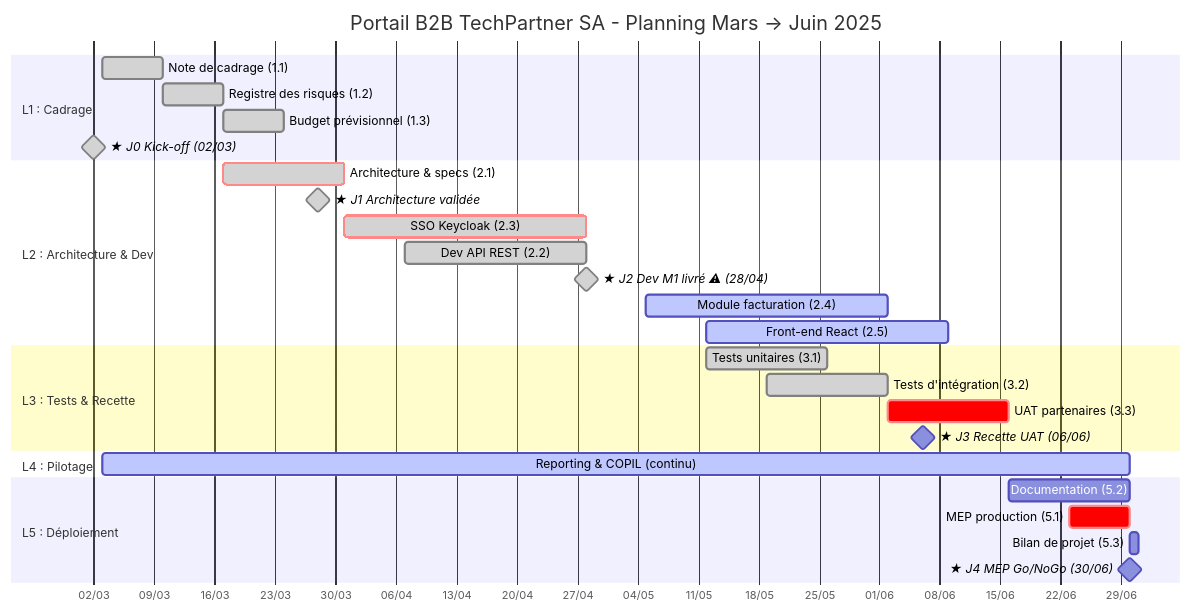
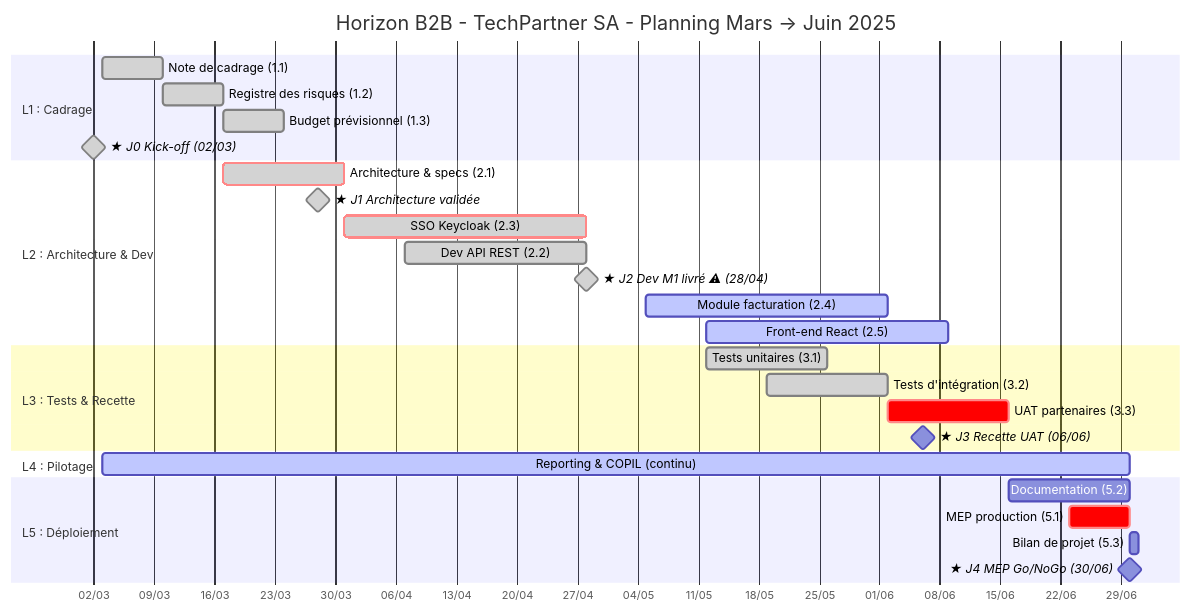
One commit to POWLAIR/management-projet-numerique changed the third of 3 diagrams in docs md/Dossier_Projet_B2B_FINAL.md. Above: the diagram before and after it, drawn with Mermaid. The commit also changed other lines of this file, not shown here.

Commit message:
docs: update project title and diagrams to reflect "Horizon B2B" rebranding

````diff
--- a/docs md/Dossier_Projet_B2B_FINAL.md
+++ b/docs md/Dossier_Projet_B2B_FINAL.md
@@ -296,36 +296,36 @@
 ```mermaid
 gantt
-    title Portail B2B TechPartner SA - Planning Mars → Juin 2025
+    title Horizon B2B - TechPartner SA - Planning Mars → Juin 2025
     dateFormat  YYYY-MM-DD
     axisFormat  %d/%m
 
     section L1 : Cadrage
     Note de cadrage (1.1)         :done,    l1a, 2025-03-03, 7d
     Registre des risques (1.2)    :done,    l1b, 2025-03-10, 7d
     Budget prévisionnel (1.3)     :done,    l1c, 2025-03-17, 7d
     ★ J0 Kick-off (02/03)         :milestone, done, j0, 2025-03-02, 0d
 
     section L2 : Architecture & Dev
     Architecture & specs (2.1)    :done, crit, l2a, 2025-03-17, 14d
     ★ J1 Architecture validée     :milestone, done, j1, 2025-03-28, 0d
     SSO Keycloak (2.3)            :done, crit, l2c, 2025-03-31, 28d
     Dev API REST (2.2)            :done,    l2b, 2025-04-07, 21d
     ★ J2 Dev M1 livré ⚠ (28/04)  :milestone, done, j2, 2025-04-28, 0d
     Module facturation (2.4)      :active,  l2d, 2025-05-05, 28d
     Front-end React (2.5)         :active,  l2e, 2025-05-12, 28d
 
     section L3 : Tests & Recette
     Tests unitaires (3.1)         :done,    l3a, 2025-05-12, 14d
     Tests d'intégration (3.2)     :done,    l3b, 2025-05-19, 14d
     UAT partenaires (3.3)         :crit,    l3c, 2025-06-02, 14d
     ★ J3 Recette UAT (06/06)      :milestone, j3, 2025-06-06, 0d
 
     section L4 : Pilotage
     Reporting & COPIL (continu)   :active,  l4a, 2025-03-03, 119d
 
     section L5 : Déploiement
     Documentation (5.2)           :         l5b, 2025-06-16, 14d
     MEP production (5.1)          :crit,    l5a, 2025-06-23, 7d
     Bilan de projet (5.3)         :         l5c, 2025-06-30, 1d
     ★ J4 MEP Go/NoGo (30/06)      :milestone, j4, 2025-06-30, 0d
 ```
````
